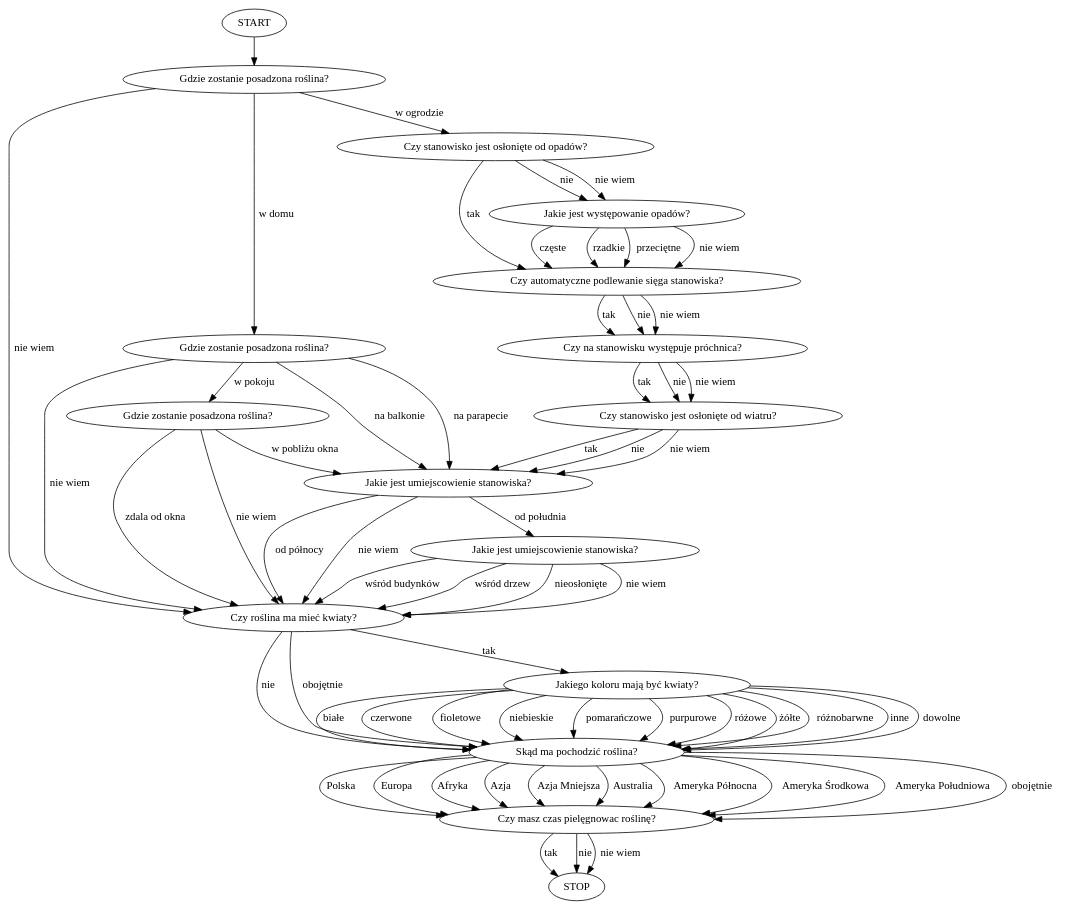
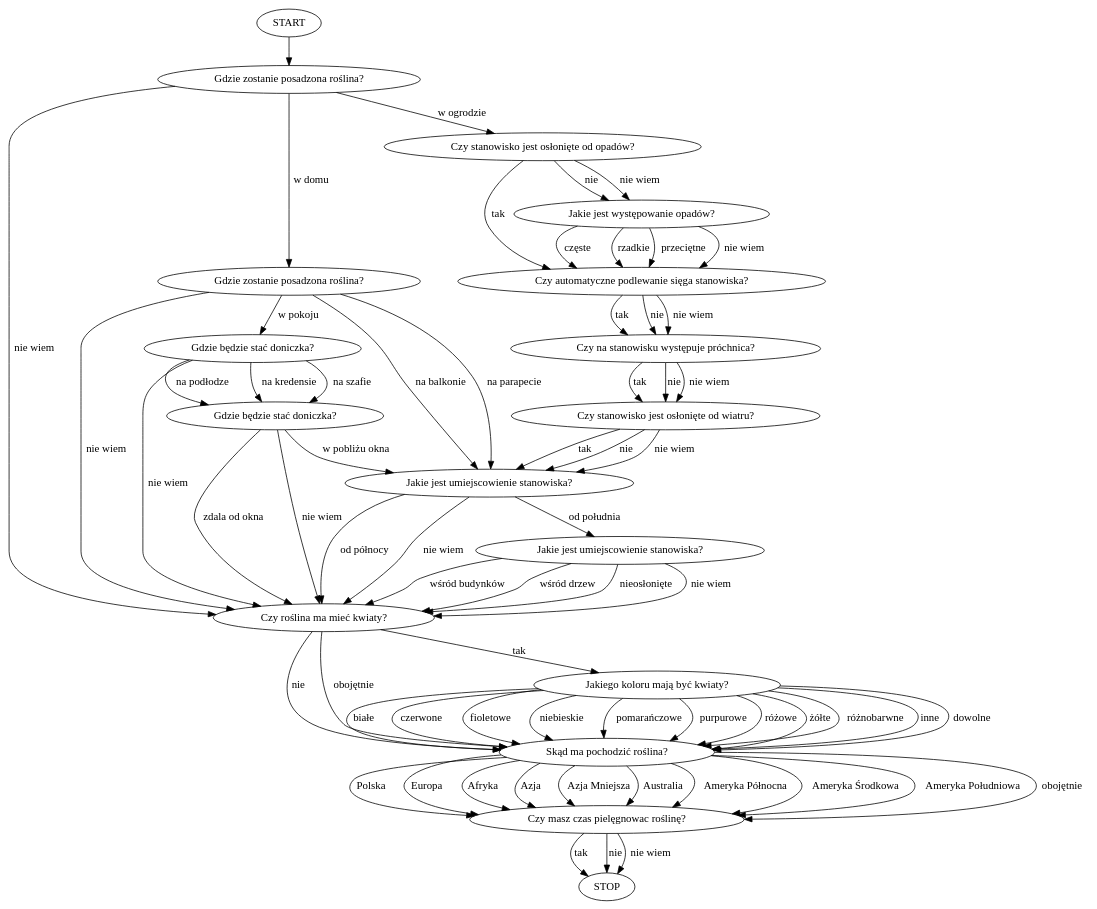
Before and after one commit to TripleEmcoder/Archive: the diagram in si/helpers/questions.dot, drawn with Graphviz. The commit also changed 2 other files, not shown here.

```diff
--- a/si/helpers/questions.dot
+++ b/si/helpers/questions.dot
@@ -1,85 +1,90 @@
 digraph
 {
 	lokalizacja1    [ label = "Gdzie zostanie posadzona roślina?"             ];
 	lokalizacja2    [ label = "Gdzie zostanie posadzona roślina?"             ];
-	lokalizacja3    [ label = "Gdzie zostanie posadzona roślina?"             ];
+	lokalizacja3    [ label = "Gdzie będzie stać doniczka?"                   ];
+	lokalizacja4    [ label = "Gdzie będzie stać doniczka?"                   ];
 	orientacja      [ label = "Jakie jest umiejscowienie stanowiska?"         ];
 	osłonięcie1     [ label = "Jakie jest umiejscowienie stanowiska?"         ];
 	osłonięcie2     [ label = "Czy stanowisko jest osłonięte od opadów?"      ];
 	opady           [ label = "Jakie jest występowanie opadów?"               ];
 	sikawki         [ label = "Czy automatyczne podlewanie sięga stanowiska?" ];
 	próchnica       [ label = "Czy na stanowisku występuje próchnica?"        ];
 	osłonięcie3     [ label = "Czy stanowisko jest osłonięte od wiatru?"      ];
 	kwiaty1         [ label = "Czy roślina ma mieć kwiaty?"                   ];
 	kwiaty2         [ label = "Jakiego koloru mają być kwiaty?"               ];
 	pochodzenie     [ label = "Skąd ma pochodzić roślina?"                    ];
 	pielęgnacja     [ label = "Czy masz czas pielęgnowac roślinę?"            ];
 
 	START           -> lokalizacja1
 	
 	//dom
 	lokalizacja1    -> lokalizacja2    [ label = "w domu"         ];
 	lokalizacja2    -> lokalizacja3    [ label = "w pokoju"       ];
 	lokalizacja2    -> orientacja      [ label = "na balkonie"    ];
 	lokalizacja2    -> orientacja      [ label = "na parapecie"   ];
 	lokalizacja2    -> kwiaty1         [ label = "nie wiem"       ];
-	orientacja      -> kwiaty1         [ label = "od północy"     ];
+	lokalizacja3    -> lokalizacja4         [ label = "na podłodze"    ];
+	lokalizacja3    -> lokalizacja4         [ label = "na kredensie"   ];
+	lokalizacja3    -> lokalizacja4         [ label = "na szafie"      ];
+	lokalizacja3    -> kwiaty1         [ label = "nie wiem"       ];
+	orientacja      -> kwiaty1    [ label = "od północy"     ];
 	orientacja      -> osłonięcie1     [ label = "od południa"    ];
 	orientacja      -> kwiaty1         [ label = "nie wiem"       ];
-	lokalizacja3    -> orientacja      [ label = "w pobliżu okna" ];
-	lokalizacja3    -> kwiaty1         [ label = "zdala od okna"  ];
-	lokalizacja3    -> kwiaty1         [ label = "nie wiem"       ];
-	osłonięcie1     -> kwiaty1         [ label = "wśród budynków" ];
-	osłonięcie1     -> kwiaty1         [ label = "wśród drzew"    ];
-	osłonięcie1     -> kwiaty1         [ label = "nieosłonięte"   ];
-	osłonięcie1     -> kwiaty1         [ label = "nie wiem"       ];
+	lokalizacja4    -> orientacja      [ label = "w pobliżu okna" ];
+	lokalizacja4    -> kwiaty1    [ label = "zdala od okna"  ];
+	lokalizacja4    -> kwiaty1         [ label = "nie wiem"       ];
+	osłonięcie1     -> kwiaty1    [ label = "wśród budynków" ];
+	osłonięcie1     -> kwiaty1    [ label = "wśród drzew"    ];
+	osłonięcie1     -> kwiaty1    [ label = "nieosłonięte"   ];
+	osłonięcie1     -> kwiaty1    [ label = "nie wiem"       ];
 
 	//ogrod
 	lokalizacja1    -> osłonięcie2     [ label = "w ogrodzie"     ];
 	osłonięcie2     -> sikawki         [ label = "tak"            ];
 	osłonięcie2     -> opady           [ label = "nie"            ];
 	osłonięcie2     -> opady           [ label = "nie wiem"       ];
 	opady           -> sikawki         [ label = "częste"         ];
 	opady           -> sikawki         [ label = "rzadkie"        ];
 	opady           -> sikawki         [ label = "przeciętne"     ];
 	opady           -> sikawki         [ label = "nie wiem"       ];
 	sikawki         -> próchnica       [ label = "tak"            ];
 	sikawki         -> próchnica       [ label = "nie"            ];
 	sikawki         -> próchnica       [ label = "nie wiem"       ];
 	próchnica       -> osłonięcie3     [ label = "tak"            ];
 	próchnica       -> osłonięcie3     [ label = "nie"            ];
 	próchnica       -> osłonięcie3     [ label = "nie wiem"       ];
 	osłonięcie3     -> orientacja      [ label = "tak"            ];
 	osłonięcie3     -> orientacja      [ label = "nie"            ];
 	osłonięcie3     -> orientacja      [ label = "nie wiem"       ];
 
 	//ogolne
 	lokalizacja1    -> kwiaty1         [ label = "nie wiem"       ];
 	kwiaty1         -> kwiaty2         [ label = "tak"            ];
 	kwiaty1         -> pochodzenie     [ label = "nie"            ];
 	kwiaty1         -> pochodzenie     [ label = "obojętnie"      ];
 	kwiaty2         -> pochodzenie     [ label = "białe"          ];
 	kwiaty2         -> pochodzenie     [ label = "czerwone"       ];
 	kwiaty2         -> pochodzenie     [ label = "fioletowe"      ];
 	kwiaty2         -> pochodzenie     [ label = "niebieskie"     ];
 	kwiaty2         -> pochodzenie     [ label = "pomarańczowe"   ];
 	kwiaty2         -> pochodzenie     [ label = "purpurowe"   ];
 	kwiaty2         -> pochodzenie     [ label = "różowe"         ];
 	kwiaty2         -> pochodzenie     [ label = "żółte"          ];
 	kwiaty2         -> pochodzenie     [ label = "różnobarwne"    ];
 	kwiaty2         -> pochodzenie     [ label = "inne"           ];
 	kwiaty2         -> pochodzenie     [ label = "dowolne"        ];
 	pochodzenie     -> pielęgnacja     [ label = "Polska"         ];
 	pochodzenie     -> pielęgnacja     [ label = "Europa"         ];
 	pochodzenie     -> pielęgnacja     [ label = "Afryka"         ];
 	pochodzenie     -> pielęgnacja     [ label = "Azja"           ];
 	pochodzenie     -> pielęgnacja     [ label = "Azja Mniejsza"  ];
 	pochodzenie     -> pielęgnacja     [ label = "Australia"      ];
 	pochodzenie     -> pielęgnacja     [ label = "Ameryka Północna"   ];
 	pochodzenie     -> pielęgnacja     [ label = "Ameryka Środkowa"   ];
 	pochodzenie     -> pielęgnacja     [ label = "Ameryka Południowa" ];
 	pochodzenie     -> pielęgnacja     [ label = "obojętnie"      ];
 	pielęgnacja     -> STOP            [ label = "tak"            ];
 	pielęgnacja     -> STOP            [ label = "nie"            ];
 	pielęgnacja     -> STOP            [ label = "nie wiem"       ];
 }
```
